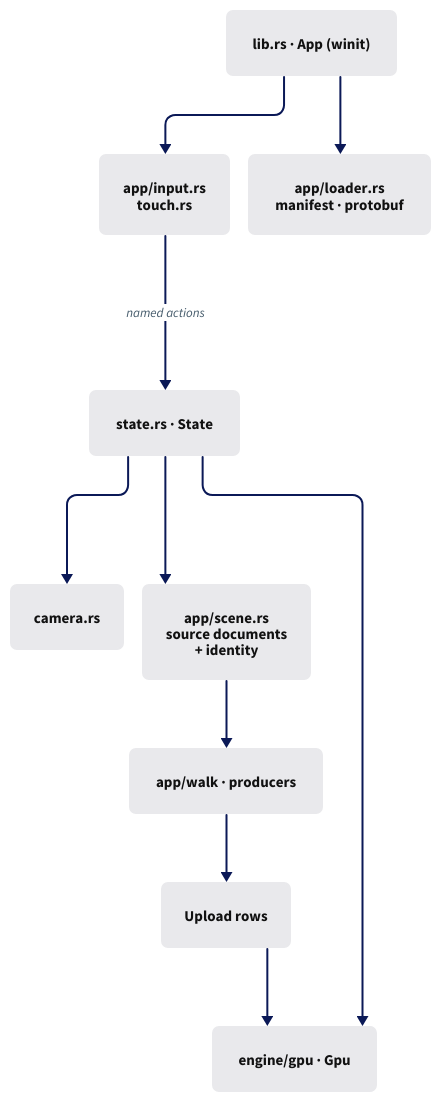
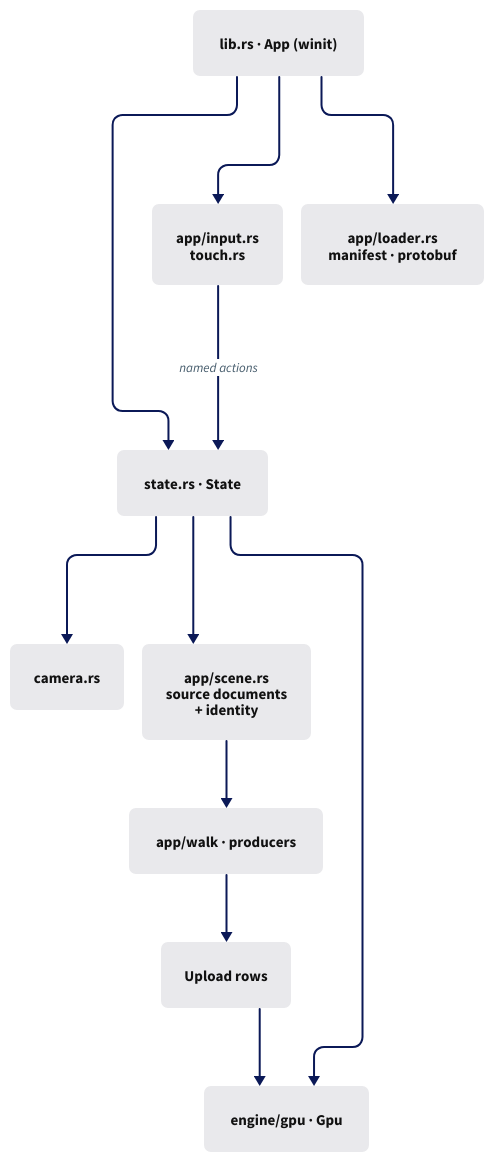
One commit to petrasvestartas/session changed the diagram in session_viewer/docs/diagrams/README-01.d2. Above: the diagram before and after it, drawn with D2. The commit also changed 19 other files, not shown here.

```diff
--- a/session_viewer/docs/diagrams/README-01.d2
+++ b/session_viewer/docs/diagrams/README-01.d2
@@ -1,27 +1,28 @@
 vars: { d2-config: { layout-engine: elk; pad: 20; theme-id: 0 } }
 style: { fill: "#ffffff" }
 classes: {
   box:   { style: { fill: "#e9e9ec"; stroke: "#e9e9ec"; border-radius: 6; font-size: 15; font-color: "#111111" } }
   focus: { style: { fill: "#fa9ebc"; stroke: "#fa9ebc"; border-radius: 6; font-size: 15; font-color: "#111111" } }
 }
 direction: down
 
 App: "lib.rs · App (winit)" { class: box }
 State: "state.rs · State" { class: box }
 Loader: "app/loader.rs\nmanifest · protobuf" { class: box }
 Camera: "camera.rs" { class: box }
 Input: "app/input.rs\ntouch.rs" { class: box }
 Scene: "app/scene.rs\nsource documents\n+ identity" { class: box }
 Walk: "app/walk · producers" { class: box }
 Upload: "Upload rows" { class: box }
 Gpu: "engine/gpu · Gpu" { class: box }
 
+App -> State { style: { stroke: "#0b1957"; stroke-width: 2; font-size: 13; font-color: "#455b6b" } }
 App -> Input { style: { stroke: "#0b1957"; stroke-width: 2; font-size: 13; font-color: "#455b6b" } }
 Input -> State: "named actions" { style: { stroke: "#0b1957"; stroke-width: 2; font-size: 13; font-color: "#455b6b" } }
 App -> Loader { style: { stroke: "#0b1957"; stroke-width: 2; font-size: 13; font-color: "#455b6b" } }
 State -> Camera { style: { stroke: "#0b1957"; stroke-width: 2; font-size: 13; font-color: "#455b6b" } }
 State -> Scene { style: { stroke: "#0b1957"; stroke-width: 2; font-size: 13; font-color: "#455b6b" } }
 Scene -> Walk { style: { stroke: "#0b1957"; stroke-width: 2; font-size: 13; font-color: "#455b6b" } }
 Walk -> Upload { style: { stroke: "#0b1957"; stroke-width: 2; font-size: 13; font-color: "#455b6b" } }
 Upload -> Gpu { style: { stroke: "#0b1957"; stroke-width: 2; font-size: 13; font-color: "#455b6b" } }
 State -> Gpu { style: { stroke: "#0b1957"; stroke-width: 2; font-size: 13; font-color: "#455b6b" } }
```
